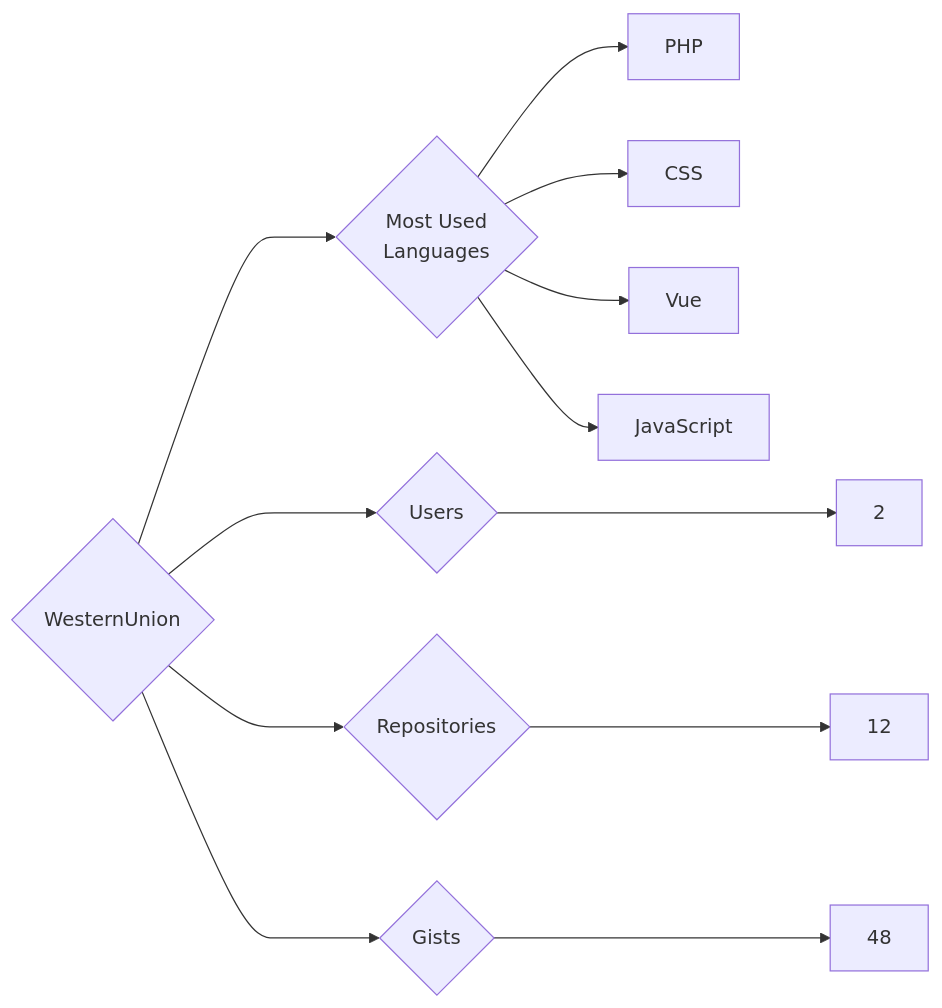
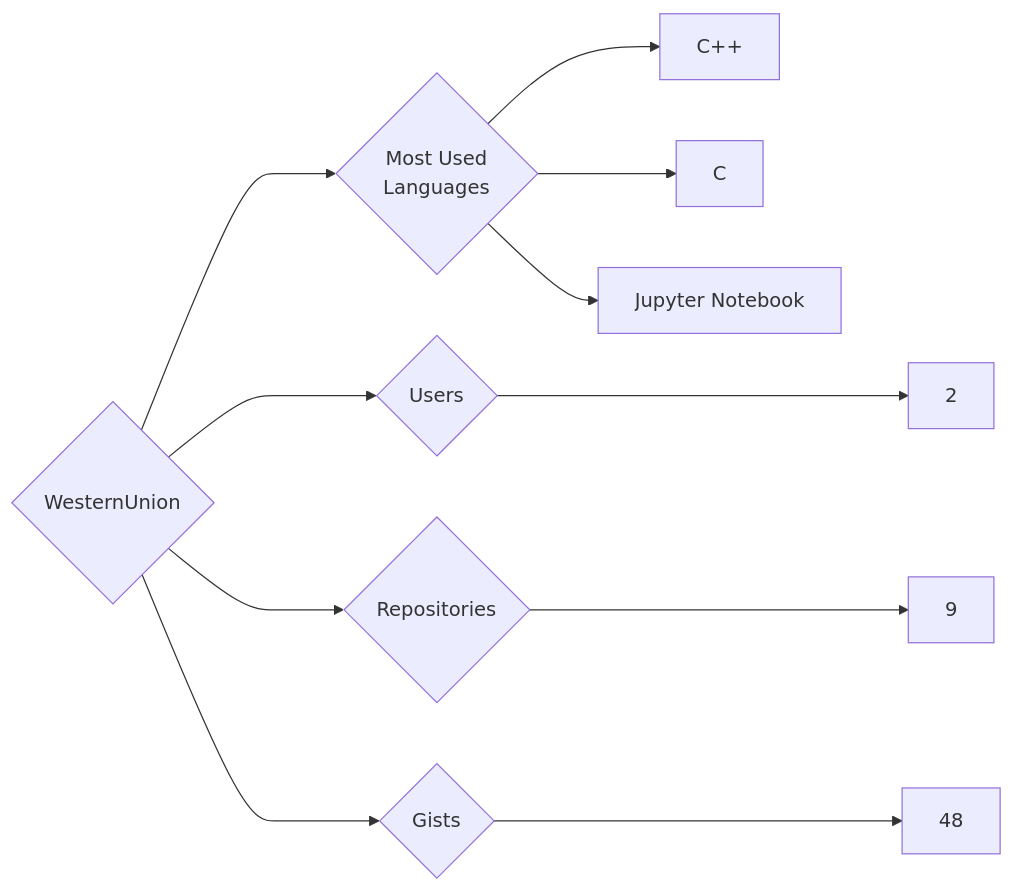
The diagram in targets/WesternUnion/README.md (trickest/insiders), drawn with Mermaid before and after one commit. The commit also changed 597 other files, not shown here.

````diff
--- a/targets/WesternUnion/README.md
+++ b/targets/WesternUnion/README.md
@@ -3,12 +3,11 @@
 ```mermaid
 graph LR
 COMPANY_NAME{WesternUnion}
 COMPANY_NAME ---> U{Users} ---> UN[2]
-COMPANY_NAME ---> R{Repositories} ---> RN[12]
+COMPANY_NAME ---> R{Repositories} ---> RN[9]
 COMPANY_NAME ---> G{Gists} ---> GN[48]
 COMPANY_NAME ---> ML{Most Used<br>Languages}
-ML --> PHP[PHP]
-ML --> CSS[CSS]
-ML --> Vue[Vue]
-ML --> JavaScript[JavaScript]
+ML --> C++[C++]
+ML --> C[C]
+ML --> Jupyter_Notebook[Jupyter Notebook]
 ```
````
